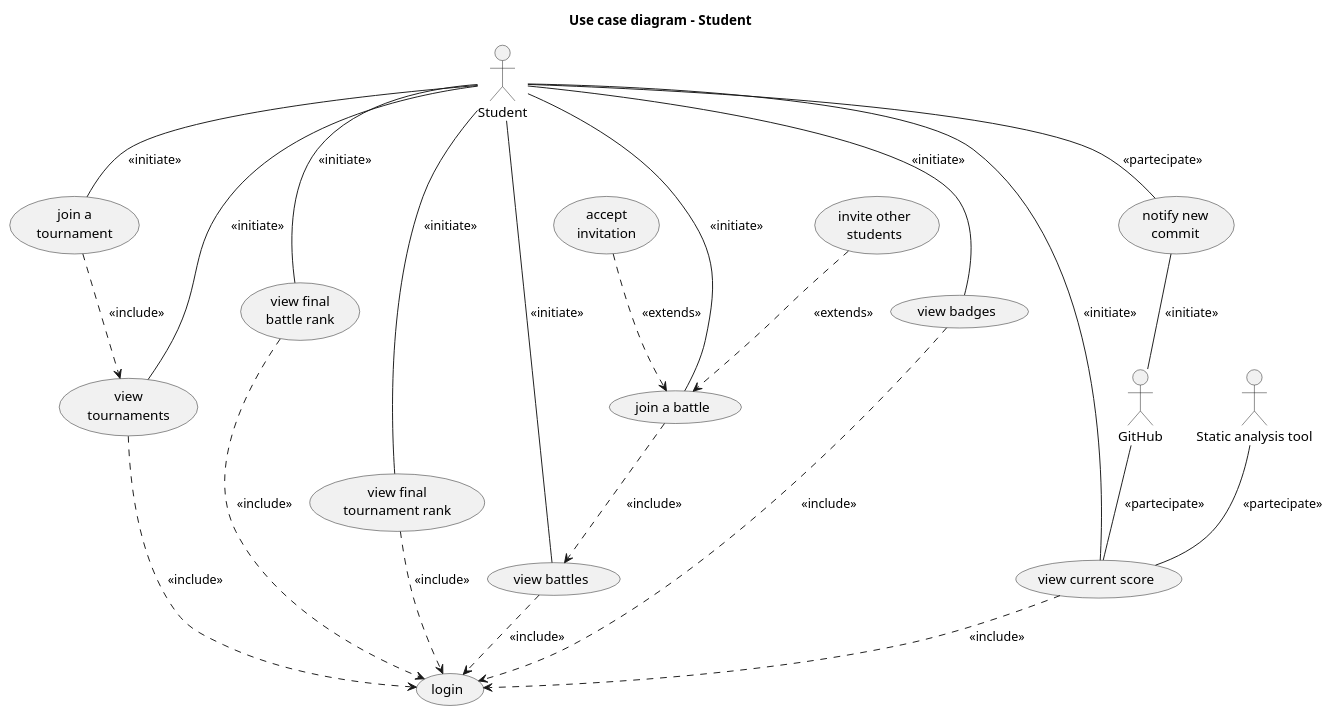
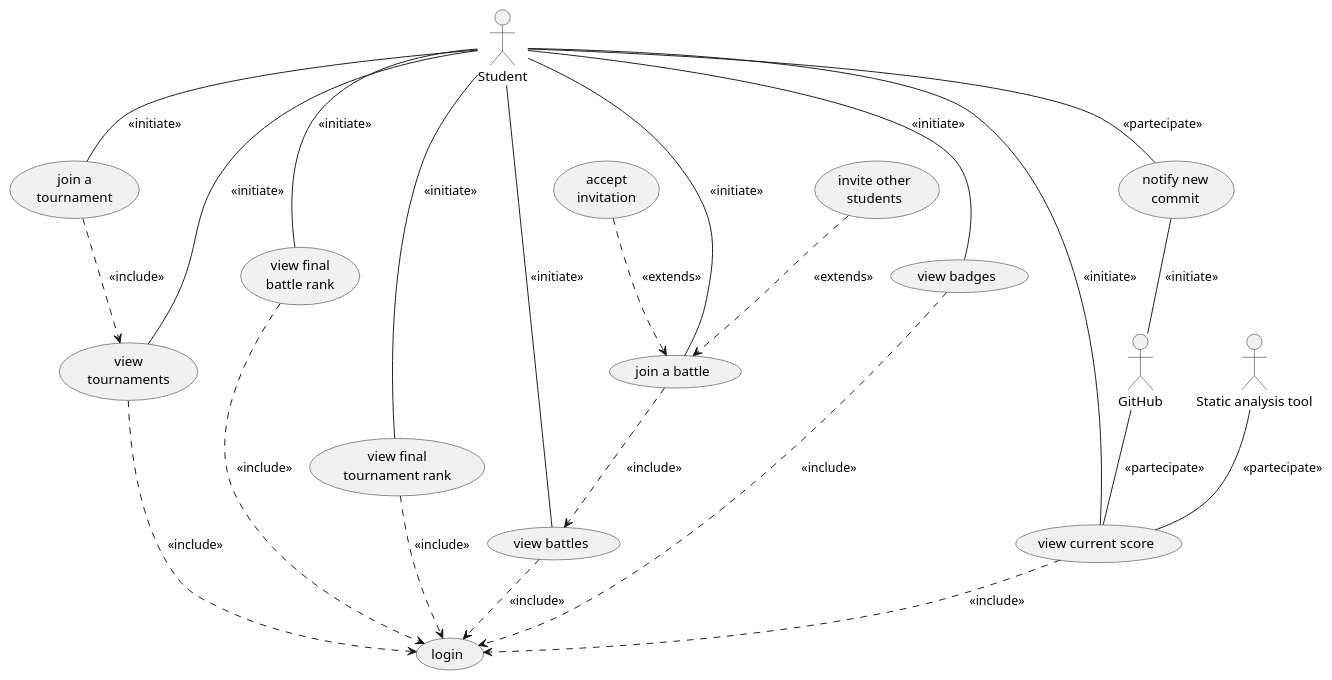
Before and after one commit to Furrrlo/CodeKataBattle: the diagram in rasd/puml/UC-diagram-student.puml, drawn with PlantUML. The commit also changed 2 other files, not shown here.

Commit message:
Add educator uc diagram

```diff
--- a/rasd/puml/UC-diagram-student.puml
+++ b/rasd/puml/UC-diagram-student.puml
@@ -1,53 +1,52 @@
 @startuml use case diagram - student
-title Use case diagram - Student
 
 actor :Student:
 actor :GitHub:
 actor :Static analysis tool: as tool
 
 'usecase (view battle\ndetails) as battleDetails
 'usecase (view\ntournament\ndetails) as tournamentDetails
 usecase (join a\ntournament) as joinTournament
 usecase (view\ntournaments) as viewTournaments
 
 Student -- joinTournament: <<initiate>>
 Student --- viewTournaments: <<initiate>>
 joinTournament ..> viewTournaments: <<include>>
 viewTournaments ..> (login): <<include>>
 
 Student --- (join a battle): <<initiate>>
 Student --- (view battles): <<initiate>>
 (join a battle) ..> (view battles): <<include>>
 (view battles) ..> login: <<include>>
 
 
 'Student --- battleDetails: <<initiate>>
 'Student -- tournamentDetails: <<initiate>>
 
 '(join a battle) .> battleDetails: <<include>>
 'battleDetails .> tournamentDetails: <<include>>
 'tournamentDetails .> joinTournament: <<include>>
 
 (invite other\nstudents) ..> (join a battle): <<extends>>
 (accept\ninvitation) ..> (join a battle): <<extends>>
 
 Student -- (view final\nbattle rank): <<initiate>>
 (view final\nbattle rank) ..> login: <<include>>
 
 Student -- (view final\ntournament rank): <<initiate>>
 (view final\ntournament rank) ..> login: <<include>>
 
 Student -- (view badges): <<initiate>>
 (view badges) ..> login: <<include>>
 
 
 Student - (view current score): <<initiate>>
 GitHub -- (view current score): <<partecipate>>
 tool -- (view current score): <<partecipate>>
 (view current score) ..> login: <<include>>
 
 Student -- (notify new\ncommit): <<partecipate>>
 (notify new\ncommit) -- GitHub: <<initiate>>
 
 
 @enduml
```
